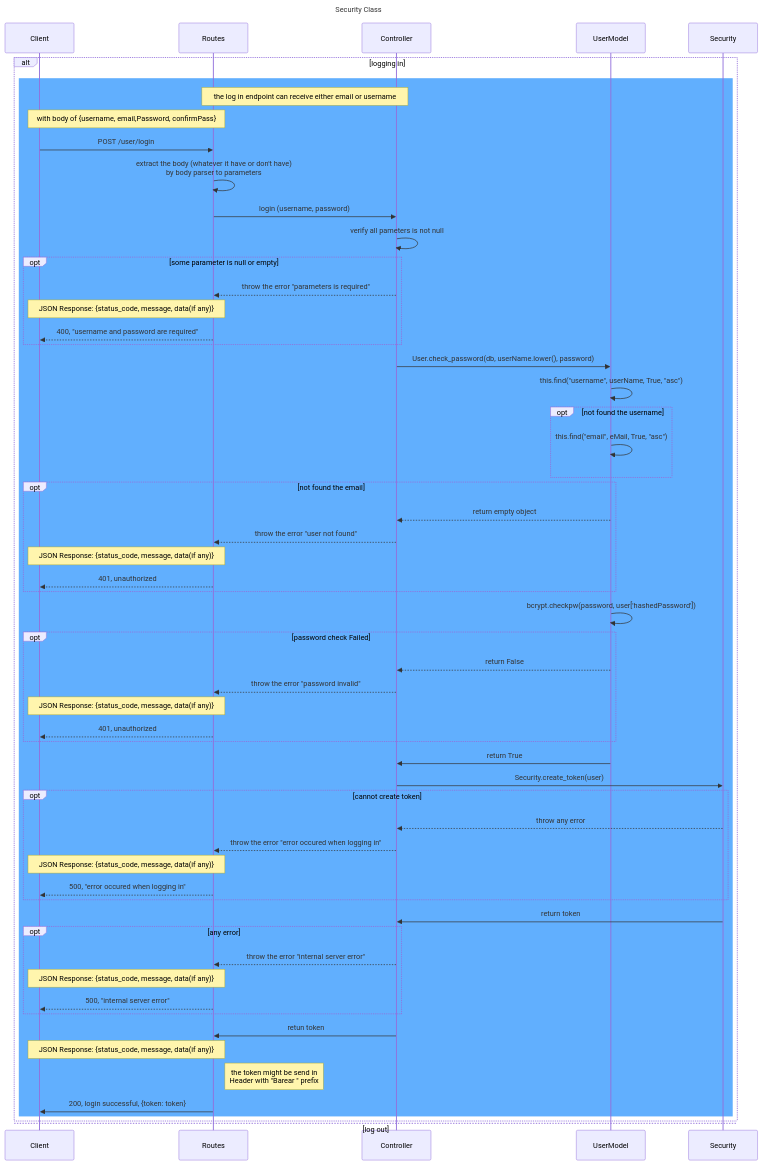
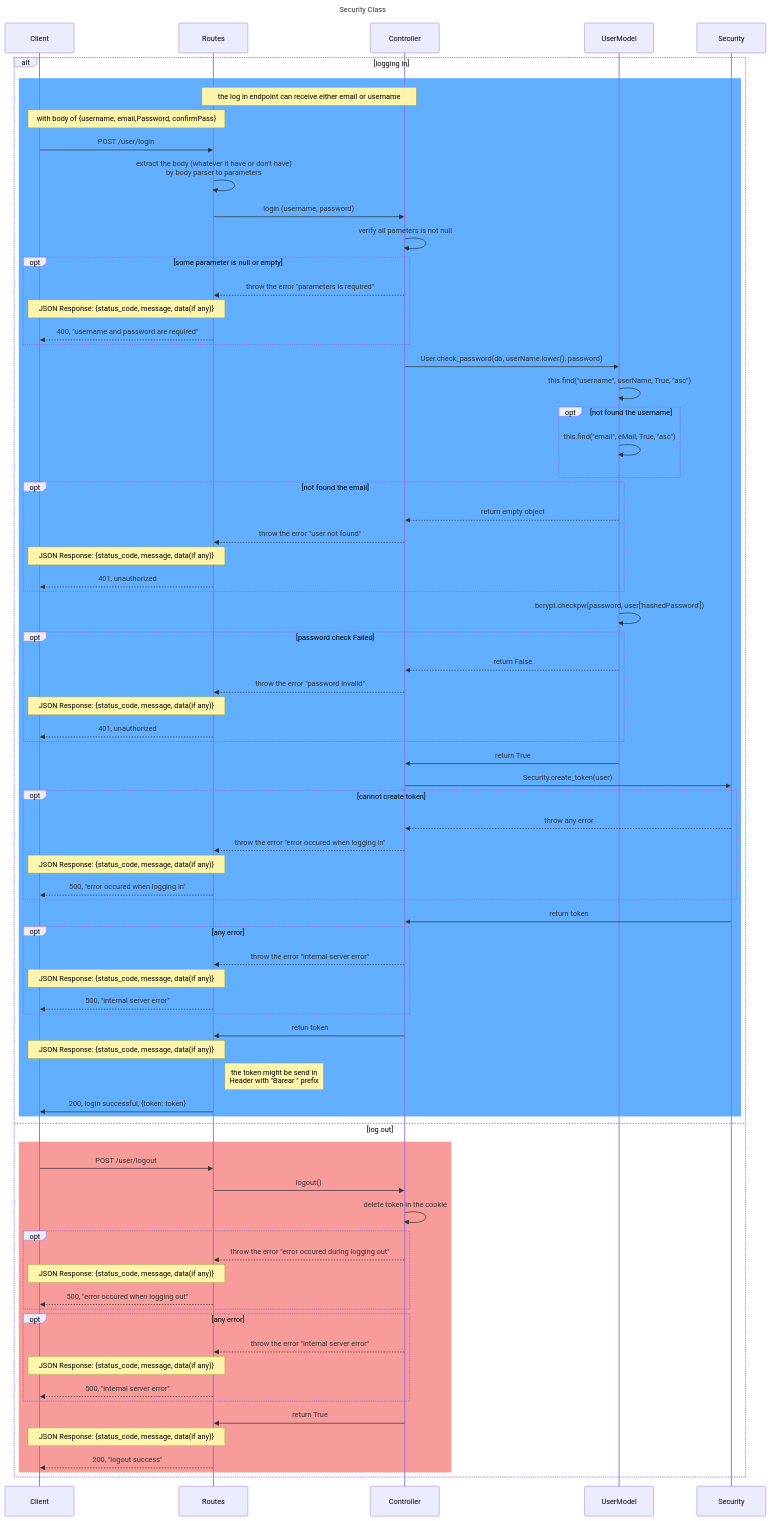
The diagram in design/Classes/Security.mmd (SawatKia/WealthTracking), drawn with Mermaid before and after one commit.

Commit message:
add logout path

```diff
--- a/design/Classes/Security.mmd
+++ b/design/Classes/Security.mmd
@@ -1,63 +1,81 @@
 sequenceDiagram
     title Security Class
     participant Client
     participant Routes
     participant Controller
     participant UserModel
     participant Security
     
 
     alt logging in
         rect rgb(97,175,254)
             Note over Routes, Controller: the log in endpoint can receive either email or username
             Note over Routes, Client: with body of {username, email,Password, confirmPass}
             Client->>Routes: POST /user/login
             Routes->>Routes: extract the body (whatever it have or don't have)<br> by body parser to parameters
             Routes->>Controller: login (username, password)
             Controller->>Controller: verify all pameters is not null 
             opt some parameter is null or empty
                 Controller-->>Routes: throw the error "parameters is required"
                 Note over Routes,Client: JSON Response: {status_code, message, data(if any)}
                 Routes-->>Client: 400, "username and password are required"
             end
             Controller->>UserModel: User.check_password(db, userName.lower(), password)
             UserModel->>UserModel: this.find("username", userName, True, "asc")
             opt not found the username
                 UserModel->>UserModel: this.find("email", eMail, True, "asc")
             end
             opt not found the email
                 UserModel-->>Controller: return empty object
                 Controller-->>Routes: throw the error "user not found"
                 Note over Routes,Client: JSON Response: {status_code, message, data(if any)}
                 Routes-->>Client: 401, unauthorized
             end
             UserModel->>UserModel:bcrypt.checkpw(password, user['hashedPassword'])
             opt password check Failed
                 UserModel-->>Controller: return False
                 Controller-->>Routes: throw the error "password invalid"
                 Note over Routes,Client: JSON Response: {status_code, message, data(if any)}
                 Routes-->>Client: 401, unauthorized
             end
             UserModel->>Controller: return True
             Controller->>Security: Security.create_token(user)
             opt cannot create token
                 Security-->>Controller: throw any error
                 Controller-->>Routes: throw the error "error occured when logging in"
                 Note over Routes,Client: JSON Response: {status_code, message, data(if any)}
                 Routes-->>Client: 500, "error occured when logging in"
             end
             Security->>Controller: return token
             opt any error
                 Controller-->>Routes: throw the error "internal server error"
                 Note over Routes,Client: JSON Response: {status_code, message, data(if any)}
                 Routes-->>Client: 500, "internal server error"
             end
             Controller->>Routes:retun token
             Note over Routes,Client: JSON Response: {status_code, message, data(if any)}
             Note right of Routes: the token might be send in<br> Header with "Barear " prefix
             Routes->>Client: 200, login successful, {token: token}
         end
     
     else log out
+        rect rgb(247,155,155)
+            Client->>Routes: POST /user/logout
+            Routes->>Controller: logout()
+            Controller->>Controller: delete token in the cookie
+            opt
+                Controller-->>Routes: throw the error "error occured during logging out"
+                Note over Routes,Client: JSON Response: {status_code, message, data(if any)}
+                Routes-->>Client: 500, "error occured when logging out"
+            end
+            opt any error
+                Controller-->>Routes: throw the error "internal server error"
+                Note over Routes,Client: JSON Response: {status_code, message, data(if any)}
+                Routes-->>Client: 500, "internal server error"
+            end
+            Controller->>Routes: return True
+            Note over Routes,Client: JSON Response: {status_code, message, data(if any)}
+            Routes-->>Client: 200, "logout success"
+        end
 
     end 
```
